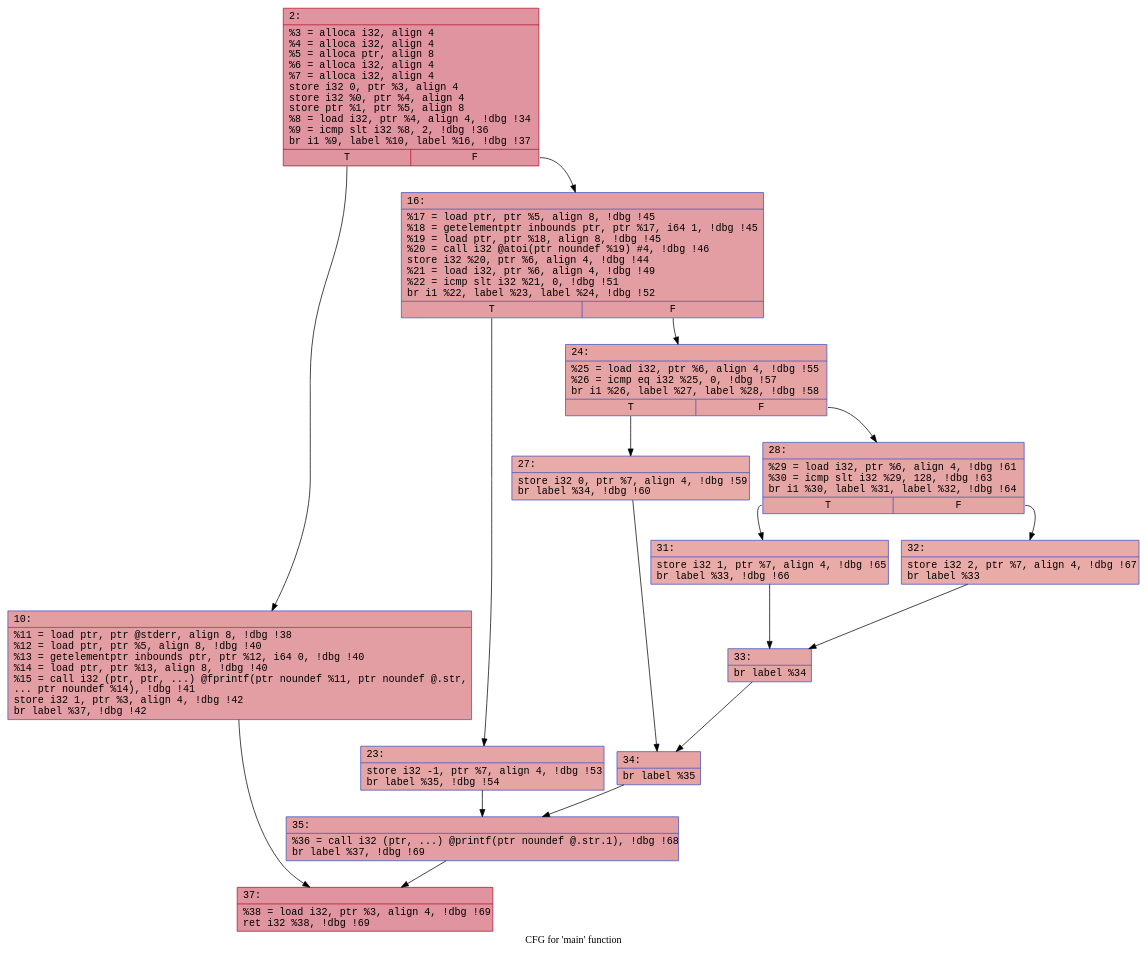
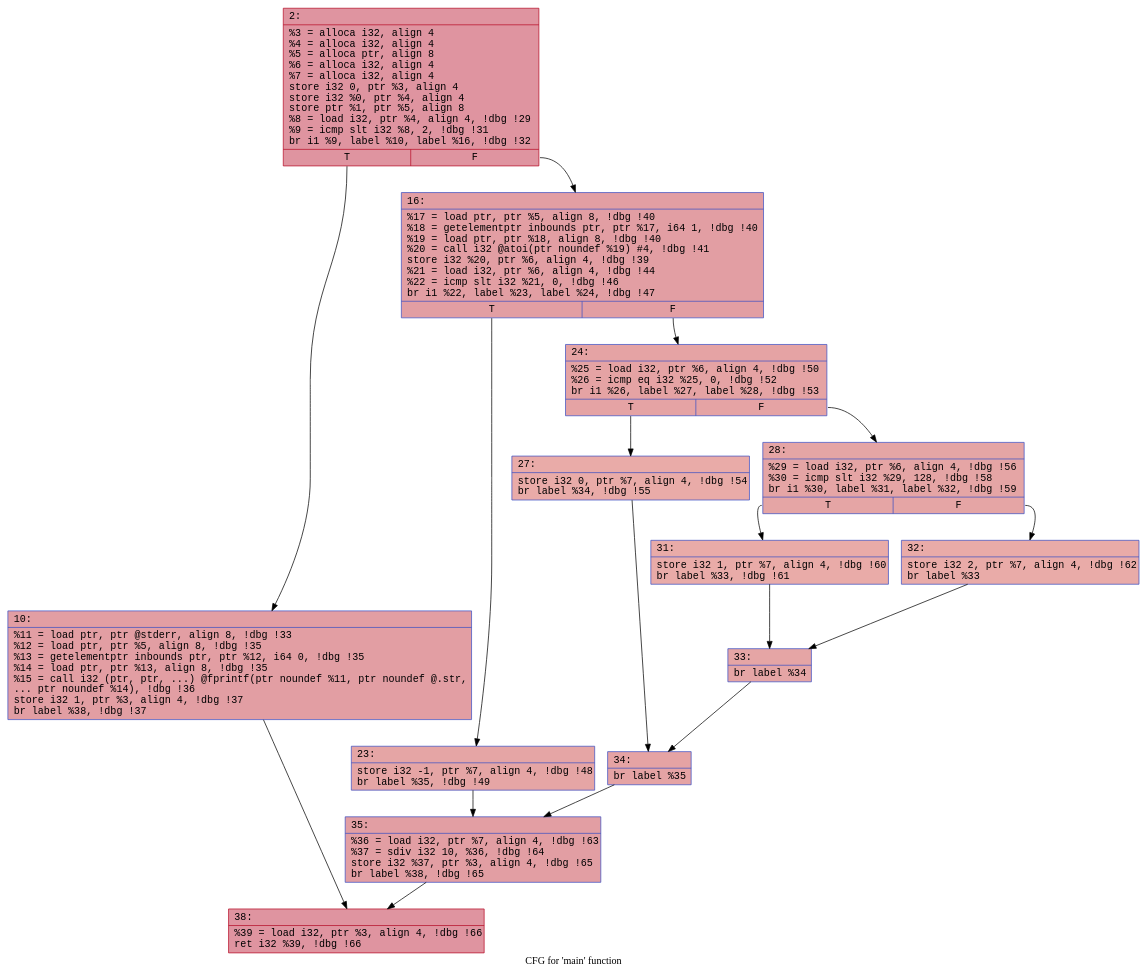
The diagram in llvm/feli/cfgs/mainPUA.dot (FelicitasGarcia/MimicryMonitor), drawn with Graphviz before and after one commit. The commit also changed 37 other files, not shown here.

```diff
--- a/llvm/feli/cfgs/mainPUA.dot
+++ b/llvm/feli/cfgs/mainPUA.dot
@@ -1,33 +1,33 @@
 digraph "CFG for 'main' function" {
 	label="CFG for 'main' function";
 
-	Node0x610ccf55fcf0 [shape=record,color="#b70d28ff", style=filled, fillcolor="#b70d2870" fontname="Courier",label="{2:\l|  %3 = alloca i32, align 4\l  %4 = alloca i32, align 4\l  %5 = alloca ptr, align 8\l  %6 = alloca i32, align 4\l  %7 = alloca i32, align 4\l  store i32 0, ptr %3, align 4\l  store i32 %0, ptr %4, align 4\l  store ptr %1, ptr %5, align 8\l  %8 = load i32, ptr %4, align 4, !dbg !34\l  %9 = icmp slt i32 %8, 2, !dbg !36\l  br i1 %9, label %10, label %16, !dbg !37\l|{<s0>T|<s1>F}}"];
-	Node0x610ccf55fcf0:s0 -> Node0x610ccf5652c0[tooltip="2 -> 10\nProbability 50.00%" ];
-	Node0x610ccf55fcf0:s1 -> Node0x610ccf565360[tooltip="2 -> 16\nProbability 50.00%" ];
-	Node0x610ccf5652c0 [shape=record,color="#3d50c3ff", style=filled, fillcolor="#be242e70" fontname="Courier",label="{10:\l|  %11 = load ptr, ptr @stderr, align 8, !dbg !38\l  %12 = load ptr, ptr %5, align 8, !dbg !40\l  %13 = getelementptr inbounds ptr, ptr %12, i64 0, !dbg !40\l  %14 = load ptr, ptr %13, align 8, !dbg !40\l  %15 = call i32 (ptr, ptr, ...) @fprintf(ptr noundef %11, ptr noundef @.str,\l... ptr noundef %14), !dbg !41\l  store i32 1, ptr %3, align 4, !dbg !42\l  br label %37, !dbg !42\l}"];
-	Node0x610ccf5652c0 -> Node0x610ccf5664b0[tooltip="10 -> 37\nProbability 100.00%" ];
-	Node0x610ccf565360 [shape=record,color="#3d50c3ff", style=filled, fillcolor="#be242e70" fontname="Courier",label="{16:\l|  %17 = load ptr, ptr %5, align 8, !dbg !45\l  %18 = getelementptr inbounds ptr, ptr %17, i64 1, !dbg !45\l  %19 = load ptr, ptr %18, align 8, !dbg !45\l  %20 = call i32 @atoi(ptr noundef %19) #4, !dbg !46\l  store i32 %20, ptr %6, align 4, !dbg !44\l  %21 = load i32, ptr %6, align 4, !dbg !49\l  %22 = icmp slt i32 %21, 0, !dbg !51\l  br i1 %22, label %23, label %24, !dbg !52\l|{<s0>T|<s1>F}}"];
-	Node0x610ccf565360:s0 -> Node0x610ccf568a10[tooltip="16 -> 23\nProbability 37.50%" ];
-	Node0x610ccf565360:s1 -> Node0x610ccf568ab0[tooltip="16 -> 24\nProbability 62.50%" ];
-	Node0x610ccf568a10 [shape=record,color="#3d50c3ff", style=filled, fillcolor="#c5333470" fontname="Courier",label="{23:\l|  store i32 -1, ptr %7, align 4, !dbg !53\l  br label %35, !dbg !54\l}"];
-	Node0x610ccf568a10 -> Node0x610ccf568ee0[tooltip="23 -> 35\nProbability 100.00%" ];
-	Node0x610ccf568ab0 [shape=record,color="#3d50c3ff", style=filled, fillcolor="#c32e3170" fontname="Courier",label="{24:\l|  %25 = load i32, ptr %6, align 4, !dbg !55\l  %26 = icmp eq i32 %25, 0, !dbg !57\l  br i1 %26, label %27, label %28, !dbg !58\l|{<s0>T|<s1>F}}"];
-	Node0x610ccf568ab0:s0 -> Node0x610ccf569480[tooltip="24 -> 27\nProbability 37.50%" ];
-	Node0x610ccf568ab0:s1 -> Node0x610ccf569520[tooltip="24 -> 28\nProbability 62.50%" ];
-	Node0x610ccf569480 [shape=record,color="#3d50c3ff", style=filled, fillcolor="#cc403a70" fontname="Courier",label="{27:\l|  store i32 0, ptr %7, align 4, !dbg !59\l  br label %34, !dbg !60\l}"];
-	Node0x610ccf569480 -> Node0x610ccf569950[tooltip="27 -> 34\nProbability 100.00%" ];
-	Node0x610ccf569520 [shape=record,color="#3d50c3ff", style=filled, fillcolor="#c5333470" fontname="Courier",label="{28:\l|  %29 = load i32, ptr %6, align 4, !dbg !61\l  %30 = icmp slt i32 %29, 128, !dbg !63\l  br i1 %30, label %31, label %32, !dbg !64\l|{<s0>T|<s1>F}}"];
-	Node0x610ccf569520:s0 -> Node0x610ccf569ef0[tooltip="28 -> 31\nProbability 50.00%" ];
-	Node0x610ccf569520:s1 -> Node0x610ccf569f90[tooltip="28 -> 32\nProbability 50.00%" ];
-	Node0x610ccf569ef0 [shape=record,color="#3d50c3ff", style=filled, fillcolor="#cc403a70" fontname="Courier",label="{31:\l|  store i32 1, ptr %7, align 4, !dbg !65\l  br label %33, !dbg !66\l}"];
-	Node0x610ccf569ef0 -> Node0x610ccf56a3c0[tooltip="31 -> 33\nProbability 100.00%" ];
-	Node0x610ccf569f90 [shape=record,color="#3d50c3ff", style=filled, fillcolor="#cc403a70" fontname="Courier",label="{32:\l|  store i32 2, ptr %7, align 4, !dbg !67\l  br label %33\l}"];
-	Node0x610ccf569f90 -> Node0x610ccf56a3c0[tooltip="32 -> 33\nProbability 100.00%" ];
-	Node0x610ccf56a3c0 [shape=record,color="#3d50c3ff", style=filled, fillcolor="#c5333470" fontname="Courier",label="{33:\l|  br label %34\l}"];
-	Node0x610ccf56a3c0 -> Node0x610ccf569950[tooltip="33 -> 34\nProbability 100.00%" ];
-	Node0x610ccf569950 [shape=record,color="#3d50c3ff", style=filled, fillcolor="#c32e3170" fontname="Courier",label="{34:\l|  br label %35\l}"];
-	Node0x610ccf569950 -> Node0x610ccf568ee0[tooltip="34 -> 35\nProbability 100.00%" ];
-	Node0x610ccf568ee0 [shape=record,color="#3d50c3ff", style=filled, fillcolor="#be242e70" fontname="Courier",label="{35:\l|  %36 = call i32 (ptr, ...) @printf(ptr noundef @.str.1), !dbg !68\l  br label %37, !dbg !69\l}"];
-	Node0x610ccf568ee0 -> Node0x610ccf5664b0[tooltip="35 -> 37\nProbability 100.00%" ];
-	Node0x610ccf5664b0 [shape=record,color="#b70d28ff", style=filled, fillcolor="#b70d2870" fontname="Courier",label="{37:\l|  %38 = load i32, ptr %3, align 4, !dbg !69\l  ret i32 %38, !dbg !69\l}"];
+	Node0x58495847dbd0 [shape=record,color="#b70d28ff", style=filled, fillcolor="#b70d2870" fontname="Courier",label="{2:\l|  %3 = alloca i32, align 4\l  %4 = alloca i32, align 4\l  %5 = alloca ptr, align 8\l  %6 = alloca i32, align 4\l  %7 = alloca i32, align 4\l  store i32 0, ptr %3, align 4\l  store i32 %0, ptr %4, align 4\l  store ptr %1, ptr %5, align 8\l  %8 = load i32, ptr %4, align 4, !dbg !29\l  %9 = icmp slt i32 %8, 2, !dbg !31\l  br i1 %9, label %10, label %16, !dbg !32\l|{<s0>T|<s1>F}}"];
+	Node0x58495847dbd0:s0 -> Node0x584958482f60[tooltip="2 -> 10\nProbability 50.00%" ];
+	Node0x58495847dbd0:s1 -> Node0x584958483000[tooltip="2 -> 16\nProbability 50.00%" ];
+	Node0x584958482f60 [shape=record,color="#3d50c3ff", style=filled, fillcolor="#be242e70" fontname="Courier",label="{10:\l|  %11 = load ptr, ptr @stderr, align 8, !dbg !33\l  %12 = load ptr, ptr %5, align 8, !dbg !35\l  %13 = getelementptr inbounds ptr, ptr %12, i64 0, !dbg !35\l  %14 = load ptr, ptr %13, align 8, !dbg !35\l  %15 = call i32 (ptr, ptr, ...) @fprintf(ptr noundef %11, ptr noundef @.str,\l... ptr noundef %14), !dbg !36\l  store i32 1, ptr %3, align 4, !dbg !37\l  br label %38, !dbg !37\l}"];
+	Node0x584958482f60 -> Node0x584958484150[tooltip="10 -> 38\nProbability 100.00%" ];
+	Node0x584958483000 [shape=record,color="#3d50c3ff", style=filled, fillcolor="#be242e70" fontname="Courier",label="{16:\l|  %17 = load ptr, ptr %5, align 8, !dbg !40\l  %18 = getelementptr inbounds ptr, ptr %17, i64 1, !dbg !40\l  %19 = load ptr, ptr %18, align 8, !dbg !40\l  %20 = call i32 @atoi(ptr noundef %19) #4, !dbg !41\l  store i32 %20, ptr %6, align 4, !dbg !39\l  %21 = load i32, ptr %6, align 4, !dbg !44\l  %22 = icmp slt i32 %21, 0, !dbg !46\l  br i1 %22, label %23, label %24, !dbg !47\l|{<s0>T|<s1>F}}"];
+	Node0x584958483000:s0 -> Node0x5849584866b0[tooltip="16 -> 23\nProbability 37.50%" ];
+	Node0x584958483000:s1 -> Node0x584958486750[tooltip="16 -> 24\nProbability 62.50%" ];
+	Node0x5849584866b0 [shape=record,color="#3d50c3ff", style=filled, fillcolor="#c5333470" fontname="Courier",label="{23:\l|  store i32 -1, ptr %7, align 4, !dbg !48\l  br label %35, !dbg !49\l}"];
+	Node0x5849584866b0 -> Node0x584958486b80[tooltip="23 -> 35\nProbability 100.00%" ];
+	Node0x584958486750 [shape=record,color="#3d50c3ff", style=filled, fillcolor="#c32e3170" fontname="Courier",label="{24:\l|  %25 = load i32, ptr %6, align 4, !dbg !50\l  %26 = icmp eq i32 %25, 0, !dbg !52\l  br i1 %26, label %27, label %28, !dbg !53\l|{<s0>T|<s1>F}}"];
+	Node0x584958486750:s0 -> Node0x584958487120[tooltip="24 -> 27\nProbability 37.50%" ];
+	Node0x584958486750:s1 -> Node0x5849584871c0[tooltip="24 -> 28\nProbability 62.50%" ];
+	Node0x584958487120 [shape=record,color="#3d50c3ff", style=filled, fillcolor="#cc403a70" fontname="Courier",label="{27:\l|  store i32 0, ptr %7, align 4, !dbg !54\l  br label %34, !dbg !55\l}"];
+	Node0x584958487120 -> Node0x5849584875f0[tooltip="27 -> 34\nProbability 100.00%" ];
+	Node0x5849584871c0 [shape=record,color="#3d50c3ff", style=filled, fillcolor="#c5333470" fontname="Courier",label="{28:\l|  %29 = load i32, ptr %6, align 4, !dbg !56\l  %30 = icmp slt i32 %29, 128, !dbg !58\l  br i1 %30, label %31, label %32, !dbg !59\l|{<s0>T|<s1>F}}"];
+	Node0x5849584871c0:s0 -> Node0x584958487b90[tooltip="28 -> 31\nProbability 50.00%" ];
+	Node0x5849584871c0:s1 -> Node0x584958487c30[tooltip="28 -> 32\nProbability 50.00%" ];
+	Node0x584958487b90 [shape=record,color="#3d50c3ff", style=filled, fillcolor="#cc403a70" fontname="Courier",label="{31:\l|  store i32 1, ptr %7, align 4, !dbg !60\l  br label %33, !dbg !61\l}"];
+	Node0x584958487b90 -> Node0x584958488060[tooltip="31 -> 33\nProbability 100.00%" ];
+	Node0x584958487c30 [shape=record,color="#3d50c3ff", style=filled, fillcolor="#cc403a70" fontname="Courier",label="{32:\l|  store i32 2, ptr %7, align 4, !dbg !62\l  br label %33\l}"];
+	Node0x584958487c30 -> Node0x584958488060[tooltip="32 -> 33\nProbability 100.00%" ];
+	Node0x584958488060 [shape=record,color="#3d50c3ff", style=filled, fillcolor="#c5333470" fontname="Courier",label="{33:\l|  br label %34\l}"];
+	Node0x584958488060 -> Node0x5849584875f0[tooltip="33 -> 34\nProbability 100.00%" ];
+	Node0x5849584875f0 [shape=record,color="#3d50c3ff", style=filled, fillcolor="#c32e3170" fontname="Courier",label="{34:\l|  br label %35\l}"];
+	Node0x5849584875f0 -> Node0x584958486b80[tooltip="34 -> 35\nProbability 100.00%" ];
+	Node0x584958486b80 [shape=record,color="#3d50c3ff", style=filled, fillcolor="#be242e70" fontname="Courier",label="{35:\l|  %36 = load i32, ptr %7, align 4, !dbg !63\l  %37 = sdiv i32 10, %36, !dbg !64\l  store i32 %37, ptr %3, align 4, !dbg !65\l  br label %38, !dbg !65\l}"];
+	Node0x584958486b80 -> Node0x584958484150[tooltip="35 -> 38\nProbability 100.00%" ];
+	Node0x584958484150 [shape=record,color="#b70d28ff", style=filled, fillcolor="#b70d2870" fontname="Courier",label="{38:\l|  %39 = load i32, ptr %3, align 4, !dbg !66\l  ret i32 %39, !dbg !66\l}"];
 }
```
